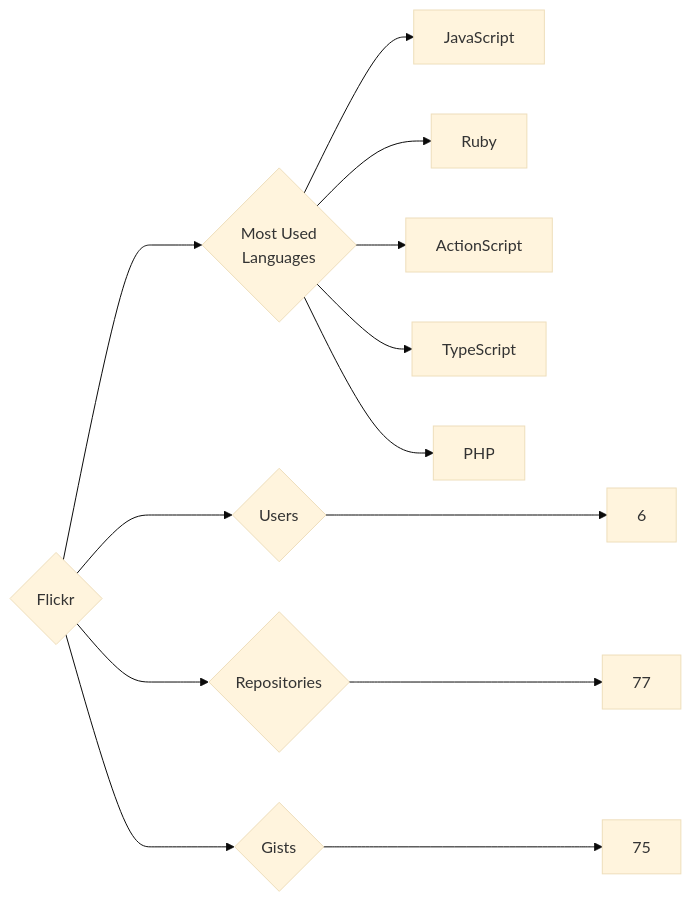
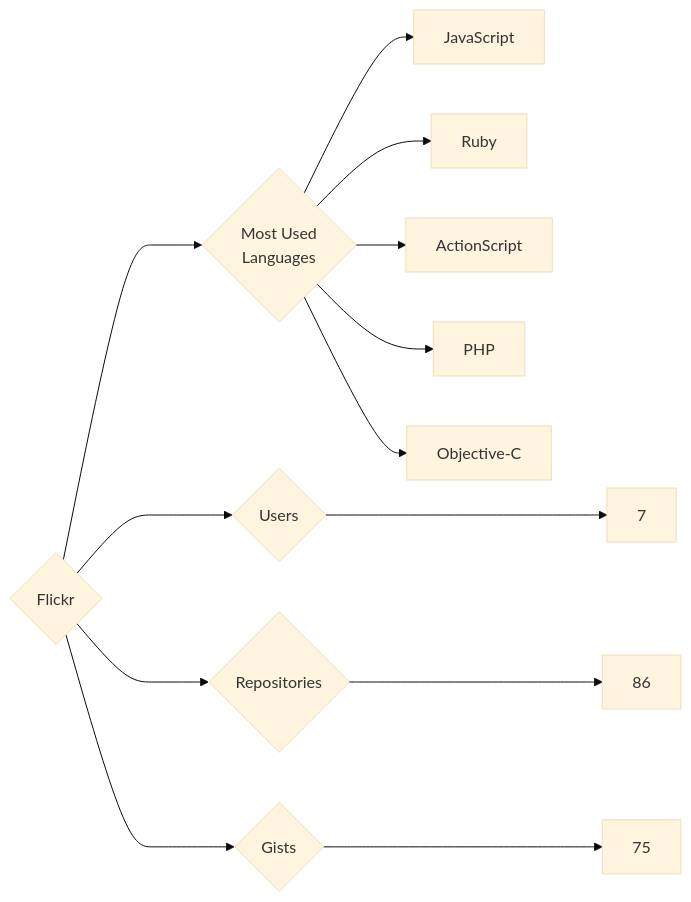
Before and after one commit to trickest/insiders: the diagram in targets/Flickr/README.md, drawn with Mermaid (base theme). The commit also changed 873 other files, not shown here.

````diff
--- a/targets/Flickr/README.md
+++ b/targets/Flickr/README.md
@@ -3,13 +3,13 @@
 ```mermaid
 graph LR
 COMPANY_NAME{Flickr}
-COMPANY_NAME ---> U{Users} ---> UN[6]
-COMPANY_NAME ---> R{Repositories} ---> RN[77]
+COMPANY_NAME ---> U{Users} ---> UN[7]
+COMPANY_NAME ---> R{Repositories} ---> RN[86]
 COMPANY_NAME ---> G{Gists} ---> GN[75]
 COMPANY_NAME ---> ML{Most Used<br>Languages}
 ML --> JavaScript[JavaScript]
 ML --> Ruby[Ruby]
 ML --> ActionScript[ActionScript]
-ML --> TypeScript[TypeScript]
 ML --> PHP[PHP]
+ML --> Objective-C[Objective-C]
 ```
````
